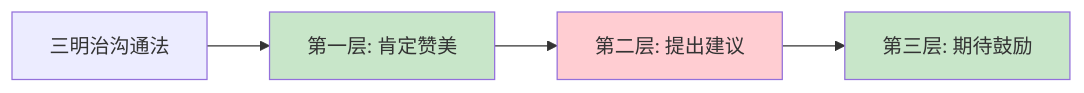
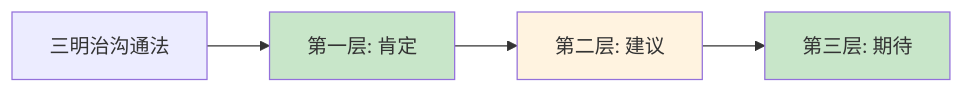
One commit to chongyang211/YCBookBlog changed the fourth of 14 diagrams in packages/website/13.书籍/06.自我精进·立言/02.沟通实战/02.沟通能力的演进.md. Above: the diagram before and after it, drawn with Mermaid. The commit also changed other lines of this file, not shown here.

````diff
--- a/packages/website/13.书籍/06.自我精进·立言/02.沟通实战/02.沟通能力的演进.md
+++ b/packages/website/13.书籍/06.自我精进·立言/02.沟通实战/02.沟通能力的演进.md
@@ -126,9 +139,9 @@
 ```mermaid
 graph LR
-    A[三明治沟通法] --> B[第一层: 肯定赞美]
-    B --> C[第二层: 提出建议]
-    C --> D[第三层: 期待鼓励]
+    A[三明治沟通法] --> B[第一层: 肯定]
+    B --> C[第二层: 建议]
+    C --> D[第三层: 期待]
     style B fill:#c8e6c9
-    style C fill:#ffcdd2
+    style C fill:#fff3e0
     style D fill:#c8e6c9
 ```
````
